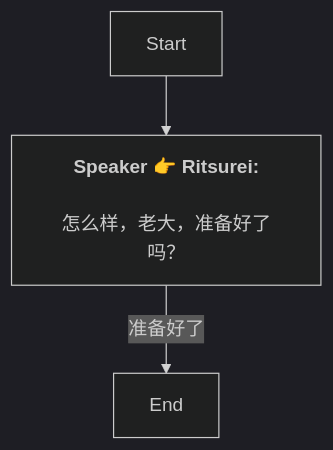
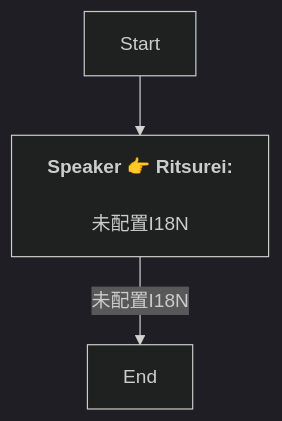
The diagram in Zh/QuestTalkObjectiveNode_1758366220204699.md (SoftHu/tos_avg), drawn with Mermaid (dark theme) before and after one commit. The commit also changed 780 other files, not shown here.

````diff
--- a/Zh/QuestTalkObjectiveNode_1758366220204699.md
+++ b/Zh/QuestTalkObjectiveNode_1758366220204699.md
@@ -1,7 +1,7 @@
 ```mermaid
 graph
 Start -->1758366327316126[<b>Speaker 👉 Ritsurei:</b>
-\n怎么样，老大，准备好了吗？]
-1758366327316126 -->|准备好了|1758366809993892[End]
+\n未配置I18N]
+1758366327316126 -->|未配置I18N|1758366809993892[End]
 
 ```
````
